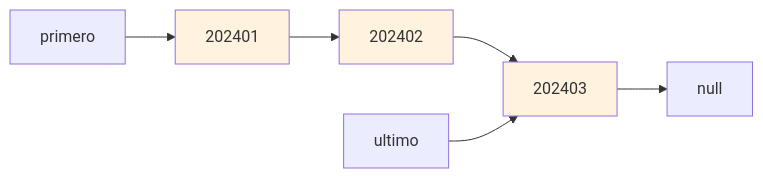
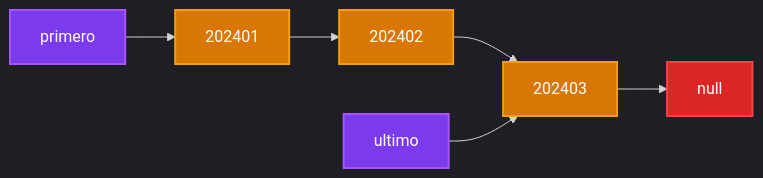
One commit to pybalt/algo2 changed diagram 12 of 19 in tp-final/README_IMPLEMENTACIONES.md. Above: the diagram before and after it, drawn with Mermaid. The commit also changed other lines of this file, not shown here.

Commit message:
Refine README_IMPLEMENTACIONES.md by enhancing dark mode support for mermaid diagrams and improving style consistency across various sections, ensuring better visual clarity.

````diff
--- a/tp-final/README_IMPLEMENTACIONES.md
+++ b/tp-final/README_IMPLEMENTACIONES.md
@@ -244,12 +277,16 @@
 ```mermaid
+%%{init: {'theme':'dark'}}%%
 graph LR
     A[primero] --> B[202401]
     B --> C[202402] 
     C --> D[202403]
     D --> E[null]
     F[ultimo] --> D
     
-    style B fill:#fff3e0
-    style C fill:#fff3e0
-    style D fill:#fff3e0
+    style A fill:#7c3aed,stroke:#a855f7,stroke-width:2px,color:#fff
+    style B fill:#d97706,stroke:#f59e0b,stroke-width:2px,color:#fff
+    style C fill:#d97706,stroke:#f59e0b,stroke-width:2px,color:#fff
+    style D fill:#d97706,stroke:#f59e0b,stroke-width:2px,color:#fff
+    style E fill:#dc2626,stroke:#ef4444,stroke-width:2px,color:#fff
+    style F fill:#7c3aed,stroke:#a855f7,stroke-width:2px,color:#fff
 ```
````
